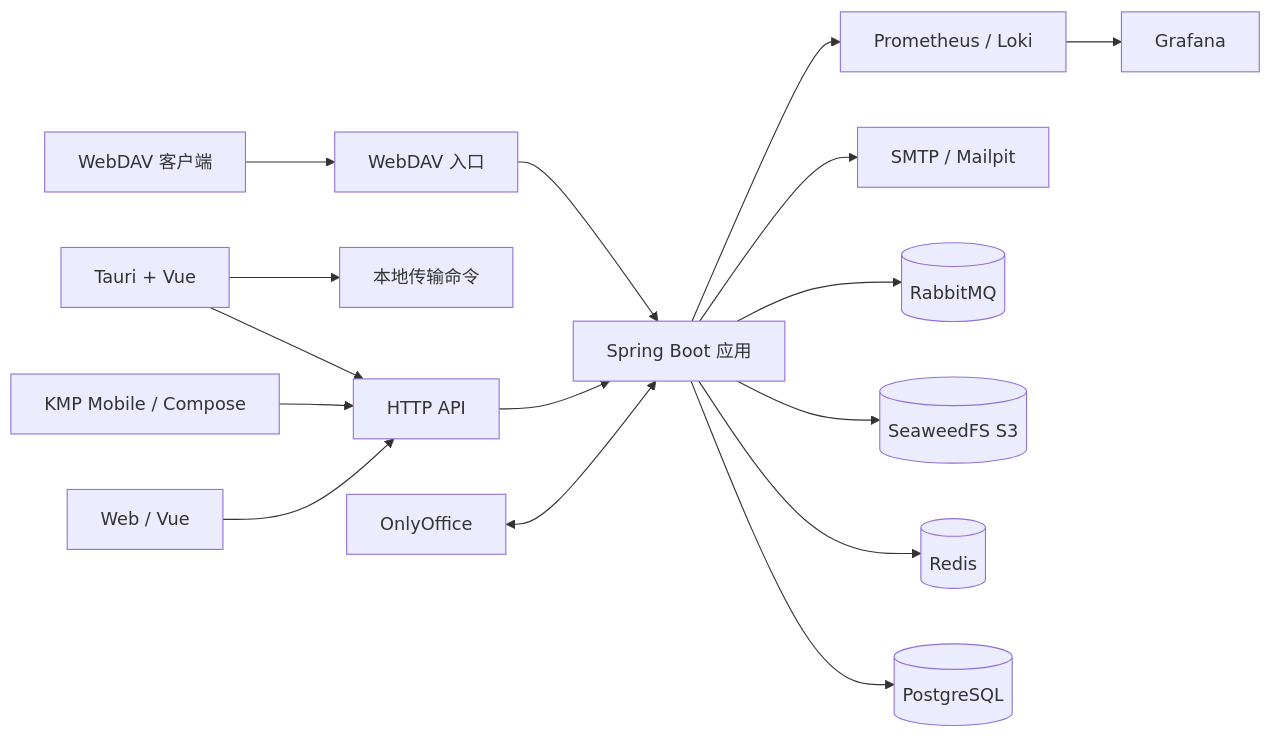
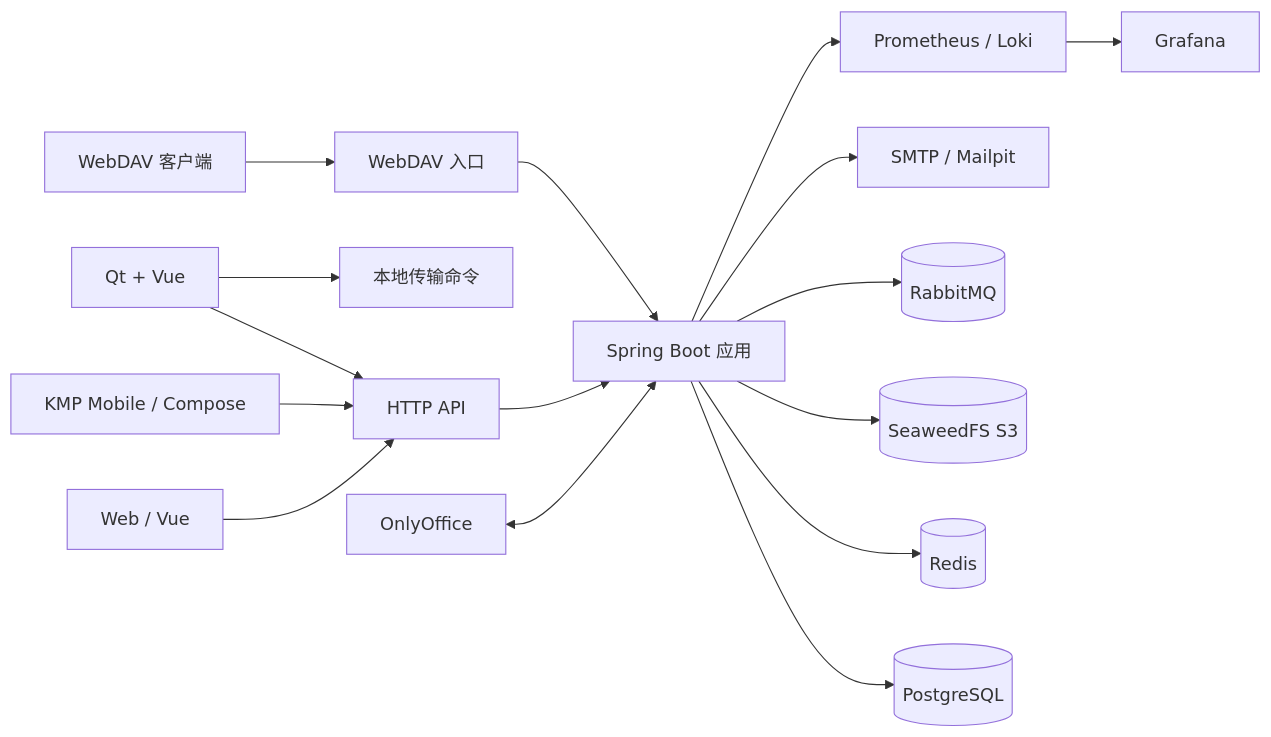
One commit to yoru-satono/betterCloudDrive changed the diagram in docs/architecture/OVERVIEW.md. Above: the diagram before and after it, drawn with Mermaid. The commit also changed other lines of this file and 40 other files, not shown here.

Commit message:
docs: make Qt the desktop entry and archive Tauri guidance

````diff
--- a/docs/architecture/OVERVIEW.md
+++ b/docs/architecture/OVERVIEW.md
@@ -9,18 +9,18 @@
 ```mermaid
 flowchart LR
     Web[Web / Vue] --> HTTP[HTTP API]
-    Desktop[Tauri + Vue] --> HTTP
+    Desktop[Qt + Vue] --> HTTP
     Desktop --> Native[本地传输命令]
     Mobile[KMP Mobile / Compose] --> HTTP
     WebDAV[WebDAV 客户端] --> DAV[WebDAV 入口]
     HTTP --> App[Spring Boot 应用]
     DAV --> App
     App --> PG[(PostgreSQL)]
     App --> Redis[(Redis)]
     App --> S3[(SeaweedFS S3)]
     App --> MQ[(RabbitMQ)]
     App --> Mail[SMTP / Mailpit]
     Office[OnlyOffice] <--> App
     App --> Metrics[Prometheus / Loki]
     Metrics --> Grafana[Grafana]
 ```
````
